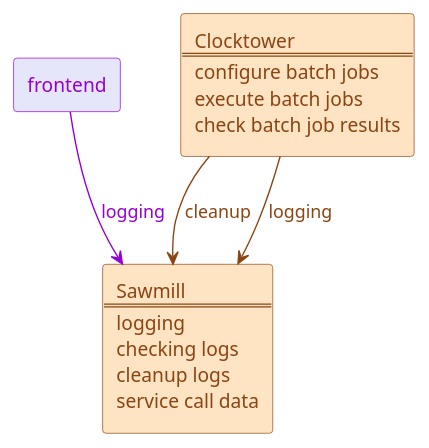
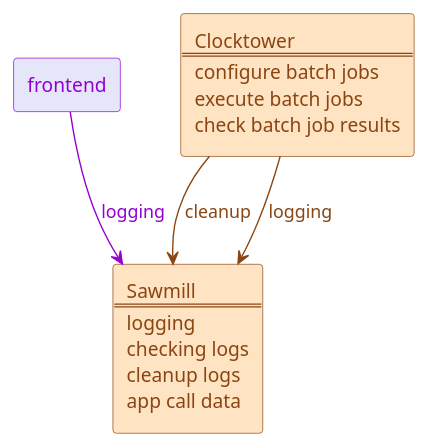
One commit to LanDinh/khaleesi-ninja changed the diagram in documentation/images/logical-structure/core.puml. Above: the diagram before and after it, drawn with PlantUML. The commit also changed 190 other files, not shown here.

Commit message:
Major refactoring: KhaleesiGate -> Site KhaleesiService -> App GrpcService -> Service GrpcMethod -> Method

```diff
--- a/documentation/images/logical-structure/core.puml
+++ b/documentation/images/logical-structure/core.puml
@@ -1,41 +1,41 @@
 @startuml
 ' ********************************************* STYLE **********************************************
 <style>
 agent {
   BackgroundColor lavender
   LineColor darkviolet
   FontColor darkviolet
 }
 rectangle {
   BackgroundColor bisque
   LineColor saddlebrown
   FontColor saddlebrown
 }
 </style>
 
 ' ******************************************** OBJECTS *********************************************
 agent frontend
 rectangle clocktower [
   Clocktower
   ====
   configure batch jobs
   execute batch jobs
   check batch job results
 ]
 rectangle sawmill [
   Sawmill
   ====
   logging
   checking logs
   cleanup logs
-  service call data
+  app call data
 ]
 
 ' ******************************************* RELATIONS ********************************************
 frontend --> sawmill    #darkviolet;text:darkviolet : logging
 
 clocktower --> sawmill #saddlebrown;text:saddlebrown : cleanup
 
 clocktower --> sawmill #saddlebrown;text:saddlebrown : logging
 
 @enduml
```
